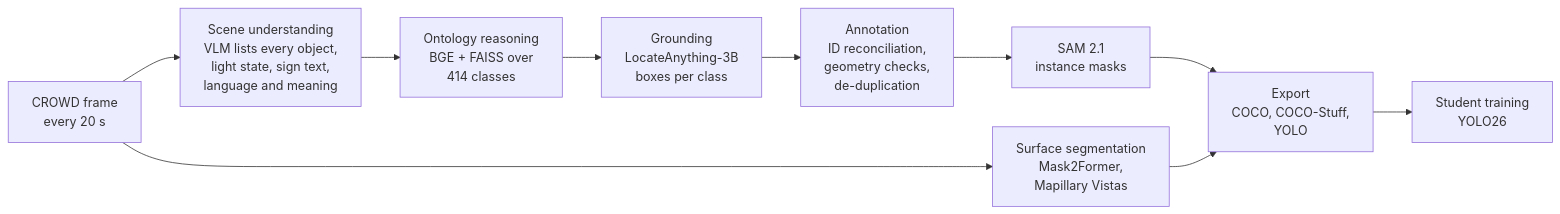
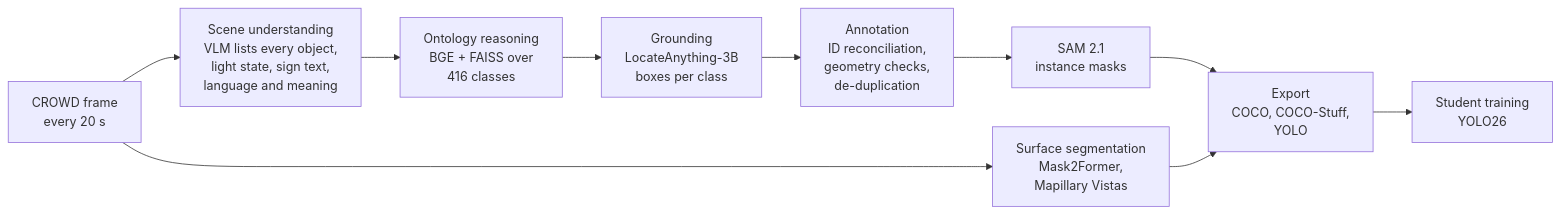
Before and after one commit to crowd-dataset/TraffCOCO: the diagram in README.md, drawn with Mermaid. The commit also changed other lines of this file and 9 other files, not shown here.

````diff
--- a/README.md
+++ b/README.md
@@ -71,12 +71,12 @@
 ```mermaid
 flowchart LR
     F[CROWD frame<br/>every 20 s] --> S[Scene understanding<br/>VLM lists every object,<br/>light state, sign text,<br/>language and meaning]
-    S --> O[Ontology reasoning<br/>BGE + FAISS over<br/>414 classes]
+    S --> O[Ontology reasoning<br/>BGE + FAISS over<br/>416 classes]
     O --> G[Grounding<br/>LocateAnything-3B<br/>boxes per class]
     G --> A[Annotation<br/>ID reconciliation,<br/>geometry checks,<br/>de-duplication]
     A --> M[SAM 2.1<br/>instance masks]
     F --> R[Surface segmentation<br/>Mask2Former,<br/>Mapillary Vistas]
     M --> E[Export<br/>COCO, COCO-Stuff,<br/>YOLO]
     R --> E
     E --> T[Student training<br/>YOLO26]
 ```
````
